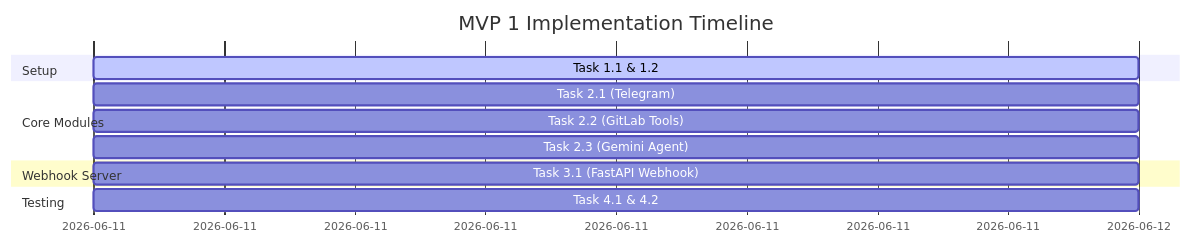
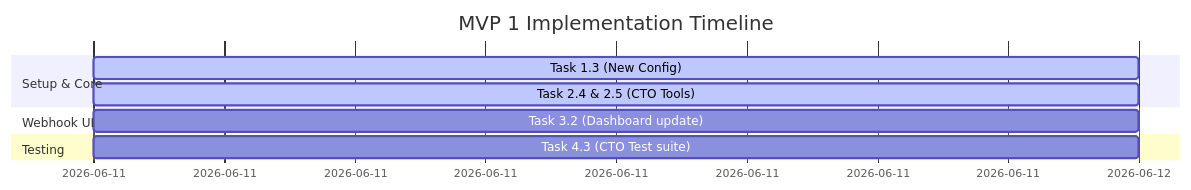
One commit to omlttg/PocketDev changed the diagram in docs/plans/0001-260611-pocketdev-core-agent-plan.md. Above: the diagram before and after it, drawn with Mermaid. The commit also changed other lines of this file and 9 other files, not shown here.

Commit message:
feat: integrate Mobile CTO Workspace features (Team Delegation & IDE Agent Supervision)

````diff
--- a/docs/plans/0001-260611-pocketdev-core-agent-plan.md
+++ b/docs/plans/0001-260611-pocketdev-core-agent-plan.md
@@ -33,15 +38,12 @@
 ```mermaid
 gantt
     title MVP 1 Implementation Timeline
     dateFormat  YYYY-MM-DD
-    section Setup
-    Task 1.1 & 1.2        :active, 2026-06-11, 1d
-    section Core Modules
-    Task 2.1 (Telegram)   :2026-06-11, 1d
-    Task 2.2 (GitLab Tools):2026-06-11, 1d
-    Task 2.3 (Gemini Agent):2026-06-11, 1d
-    section Webhook Server
-    Task 3.1 (FastAPI Webhook):2026-06-11, 1d
+    section Setup & Core
+    Task 1.3 (New Config)    :active, 2026-06-11, 1d
+    Task 2.4 & 2.5 (CTO Tools):active, 2026-06-11, 1d
+    section Webhook UI
+    Task 3.2 (Dashboard update):2026-06-11, 1d
     section Testing
-    Task 4.1 & 4.2        :2026-06-11, 1d
+    Task 4.3 (CTO Test suite)  :2026-06-11, 1d
 ```
````
